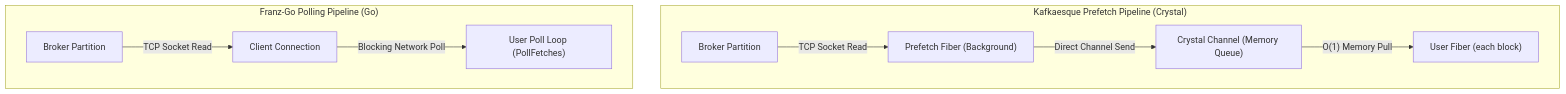
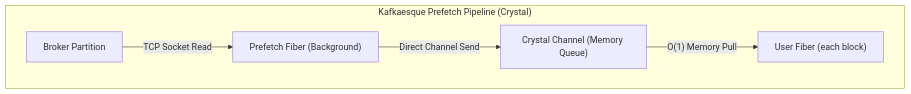
The first of 2 diagrams in readme.md (eltony81/kafkaesque), drawn with Mermaid before and after one commit.

Commit message:
docs: separate mermaid diagrams into vertical sequential blocks in readme.md

````diff
--- a/readme.md
+++ b/readme.md
@@ -880,22 +880,13 @@
 ```mermaid
 graph TD
     subgraph "Kafkaesque Prefetch Pipeline (Crystal)"
         K_Broker[Broker Partition]
         K_Prefetch["Prefetch Fiber (Background)"]
         K_Channel["Crystal Channel (Memory Queue)"]
         K_User["User Fiber (each block)"]
         
         K_Broker -->|TCP Socket Read| K_Prefetch
         K_Prefetch -->|Direct Channel Send| K_Channel
         K_Channel -->|"O(1) Memory Pull"| K_User
     end
-
-    subgraph "Franz-Go Polling Pipeline (Go)"
-        G_Broker[Broker Partition]
-        G_Client[Client Connection]
-        G_User["User Poll Loop (PollFetches)"]
-        
-        G_Broker -->|TCP Socket Read| G_Client
-        G_Client -->|Blocking Network Poll| G_User
-    end
 ```
````
